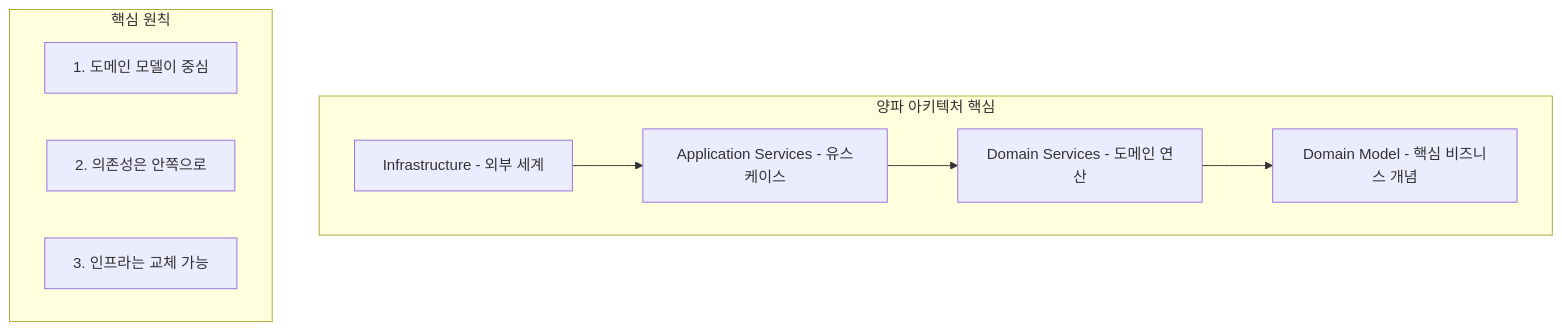
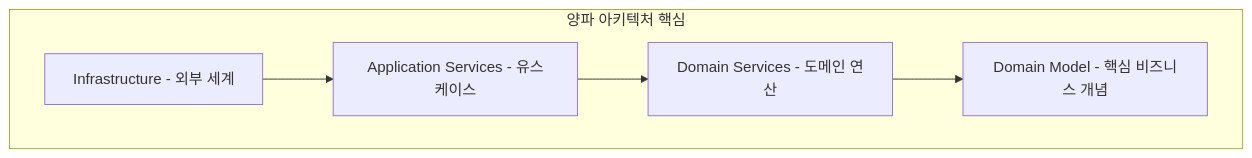
The fifth of 5 diagrams in content/collection/cleanarchitecture/04-onion-architecture-domain-centric-design/index.md (42jerrykim/42jerrykim.github.io), drawn with Mermaid before and after one commit. The commit also changed other lines of this file and 46 other files, not shown here.

First line of the commit message:
quality: Clean Architecture 시리즈 품질 개선 (post-quality-loop 1라운드)

````diff
--- a/content/collection/cleanarchitecture/04-onion-architecture-domain-centric-design/index.md
+++ b/content/collection/cleanarchitecture/04-onion-architecture-domain-centric-design/index.md
@@ -495,17 +571,11 @@
 ```mermaid
 flowchart TB
     subgraph Summary [양파 아키텍처 핵심]
         C[Domain Model - 핵심 비즈니스 개념]
         DS[Domain Services - 도메인 연산]
         AS[Application Services - 유스케이스]
         I[Infrastructure - 외부 세계]
         
         I --> AS --> DS --> C
     end
-    
-    subgraph Key [핵심 원칙]
-        K1["1. 도메인 모델이 중심"]
-        K2["2. 의존성은 안쪽으로"]
-        K3["3. 인프라는 교체 가능"]
-    end
 ```
````
